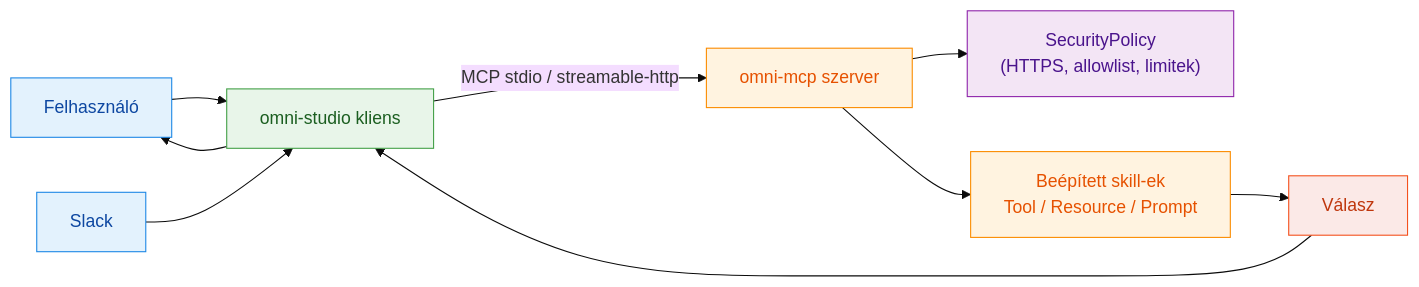
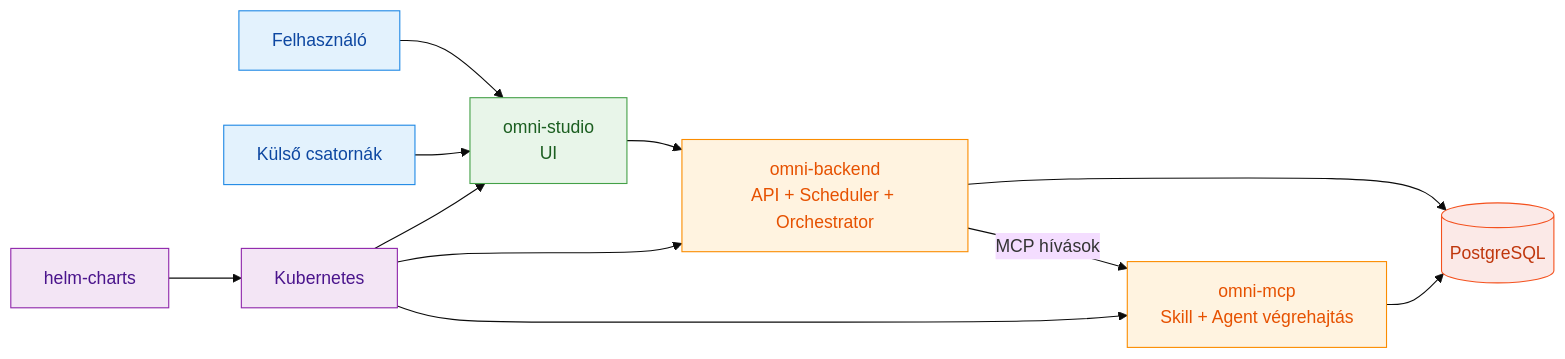
One commit to cloudsteak/omni-mcp changed the first of 3 diagrams in docs/ARCHITECTURE.hu.md. Above: the diagram before and after it, drawn with Mermaid. The commit also changed other lines of this file and 24 other files, not shown here.

````diff
--- a/docs/ARCHITECTURE.hu.md
+++ b/docs/ARCHITECTURE.hu.md
@@ -21,25 +22,27 @@
 ```mermaid
 %%{init: {"theme": "base"}}%%
 flowchart LR
-    U[Felhasználó] --> C["omni-studio kliens"]
-    S[Slack] --> C
-    C -->|MCP stdio / streamable-http| M[omni-mcp szerver]
+    U[Felhasználó] --> ST["omni-studio<br/>UI"]
+    X[Külső csatornák] --> ST
+    ST --> BE["omni-backend<br/>API + Scheduler + Orchestrator"]
+    BE -->|MCP hívások| MCP["omni-mcp<br/>Skill + Agent végrehajtás"]
+    BE --> DB[(PostgreSQL)]
+    MCP --> DB
 
-    M --> P["SecurityPolicy<br/>(HTTPS, allowlist, limitek)"]
-    M --> K["Beépített skill-ek<br/>Tool / Resource / Prompt"]
-    K --> R[Válasz]
-    R --> C
-    C --> U
+    HC["helm-charts"] --> K8S["Kubernetes"]
+    K8S --> ST
+    K8S --> BE
+    K8S --> MCP
 
     classDef actor fill:#E3F2FD,stroke:#1E88E5,color:#0D47A1,stroke-width:1px;
-    classDef client fill:#E8F5E9,stroke:#43A047,color:#1B5E20,stroke-width:1px;
-    classDef server fill:#FFF3E0,stroke:#FB8C00,color:#E65100,stroke-width:1px;
-    classDef policy fill:#F3E5F5,stroke:#8E24AA,color:#4A148C,stroke-width:1px;
-    classDef result fill:#FBE9E7,stroke:#F4511E,color:#BF360C,stroke-width:1px;
+    classDef app fill:#E8F5E9,stroke:#43A047,color:#1B5E20,stroke-width:1px;
+    classDef backend fill:#FFF3E0,stroke:#FB8C00,color:#E65100,stroke-width:1px;
+    classDef infra fill:#F3E5F5,stroke:#8E24AA,color:#4A148C,stroke-width:1px;
+    classDef data fill:#FBE9E7,stroke:#F4511E,color:#BF360C,stroke-width:1px;
 
-    class U,S actor;
-    class C client;
-    class M,K server;
-    class P policy;
-    class R result;
+    class U,X actor;
+    class ST app;
+    class BE,MCP backend;
+    class HC,K8S infra;
+    class DB data;
 ```
````
